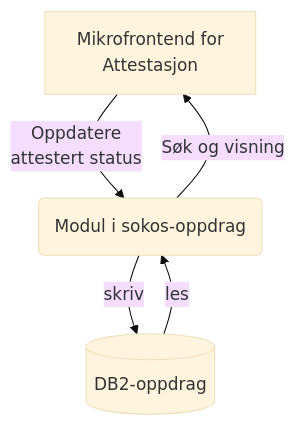
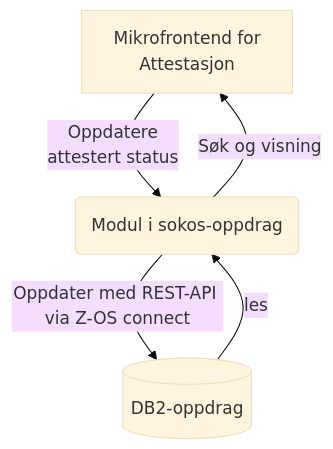
The third of 3 diagrams in dokumentasjon/attestasjon.md (navikt/sokos-up-attestasjon), drawn with Mermaid (base theme) before and after one commit.

````diff
--- a/dokumentasjon/attestasjon.md
+++ b/dokumentasjon/attestasjon.md
@@ -66,10 +66,10 @@
 ```mermaid
 flowchart TD
     A["Mikrofrontend for 
     Attestasjon
 "] -->|"Oppdatere
 attestert status"| B(Modul i sokos-oppdrag)
 B -->|Søk og visning| A
-B -->|skriv| C[("DB2-oppdrag")]
+B -->|Oppdater med REST-API via Z-OS connect| C[("DB2-oppdrag")]
 C -->|les| B
 ```
````
